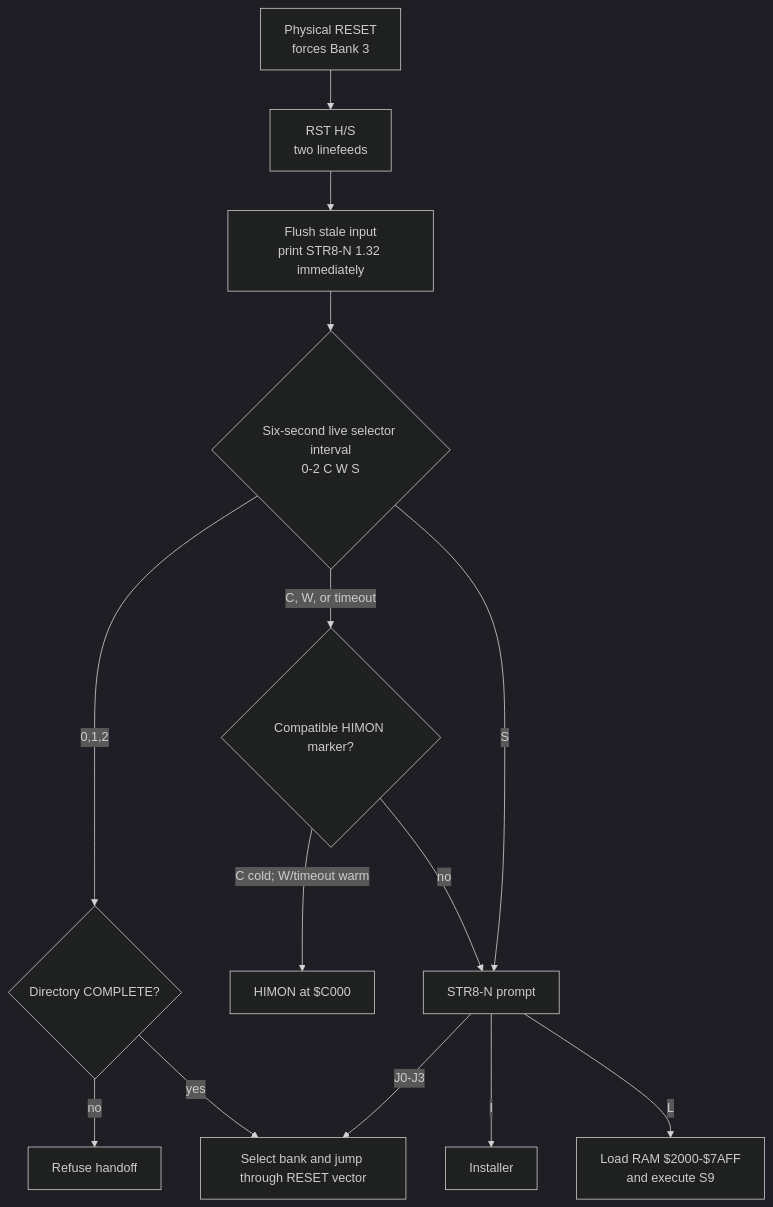
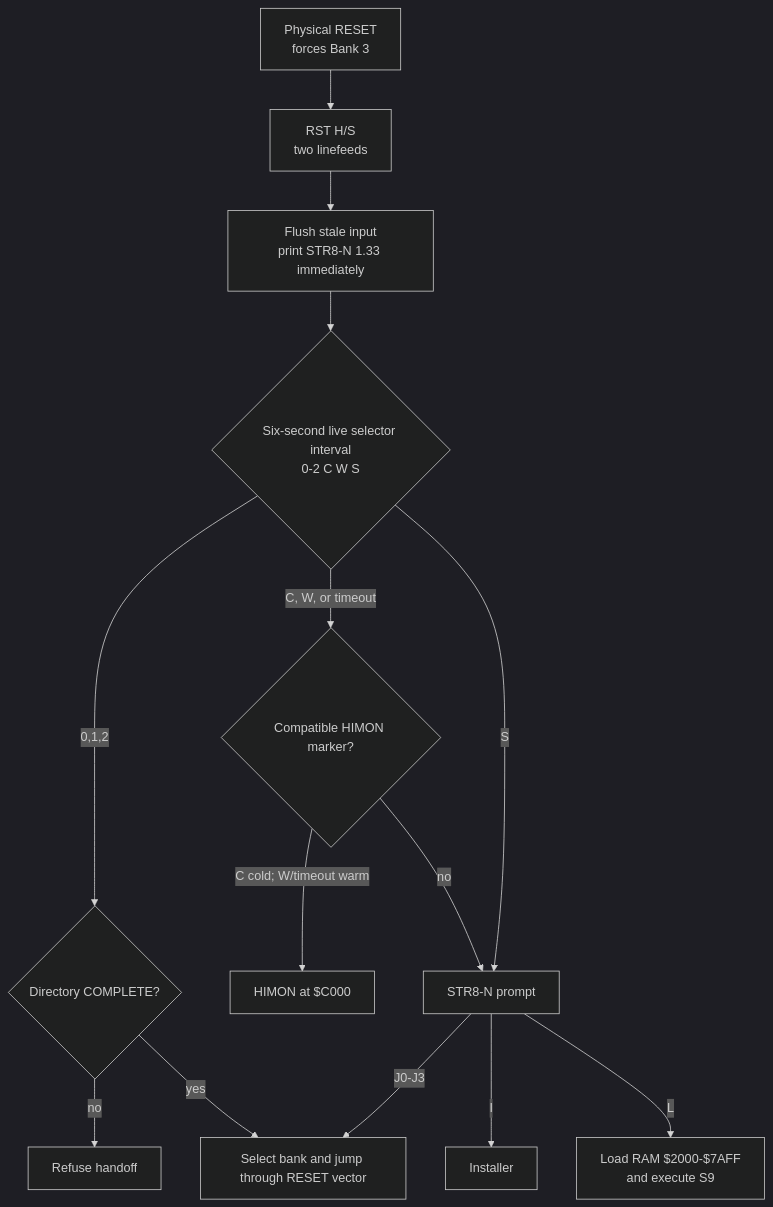
One commit to 95westus/STR8-N changed the fourth of 14 diagrams in docs/MAPS.md. Above: the diagram before and after it, drawn with Mermaid (dark theme). The commit also changed other lines of this file and 51 other files, not shown here.

````diff
--- a/docs/MAPS.md
+++ b/docs/MAPS.md
@@ -89,16 +89,16 @@
 ```mermaid
 flowchart TD
     R[Physical RESET<br/>forces Bank 3] --> A[RST H/S<br/>two linefeeds]
-    A --> P[Flush stale input<br/>print STR8-N 1.32 immediately]
+    A --> P[Flush stale input<br/>print STR8-N 1.33 immediately]
     P --> Q{Six-second live selector interval<br/>0-2 C W S}
     Q -->|0,1,2| C{Directory COMPLETE?}
     C -->|no| F[Refuse handoff]
     C -->|yes| J[Select bank and jump through RESET vector]
     Q -->|C, W, or timeout| M{Compatible HIMON marker?}
     M -->|C cold; W/timeout warm| H[HIMON at $C000]
     M -->|no| S[STR8-N prompt]
     Q -->|S| S
     S -->|J0-J3| J
     S -->|I| I[Installer]
     S -->|L| L[Load RAM $2000-$7AFF<br/>and execute S9]
 ```
````
